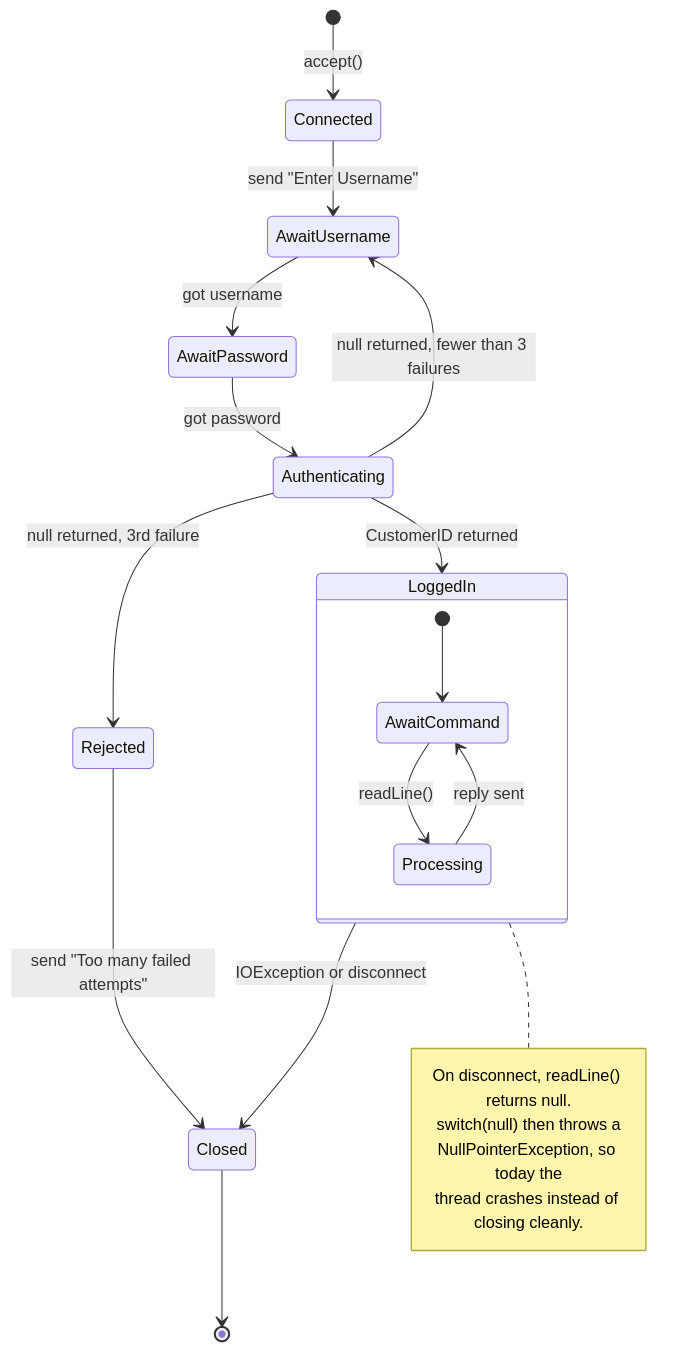
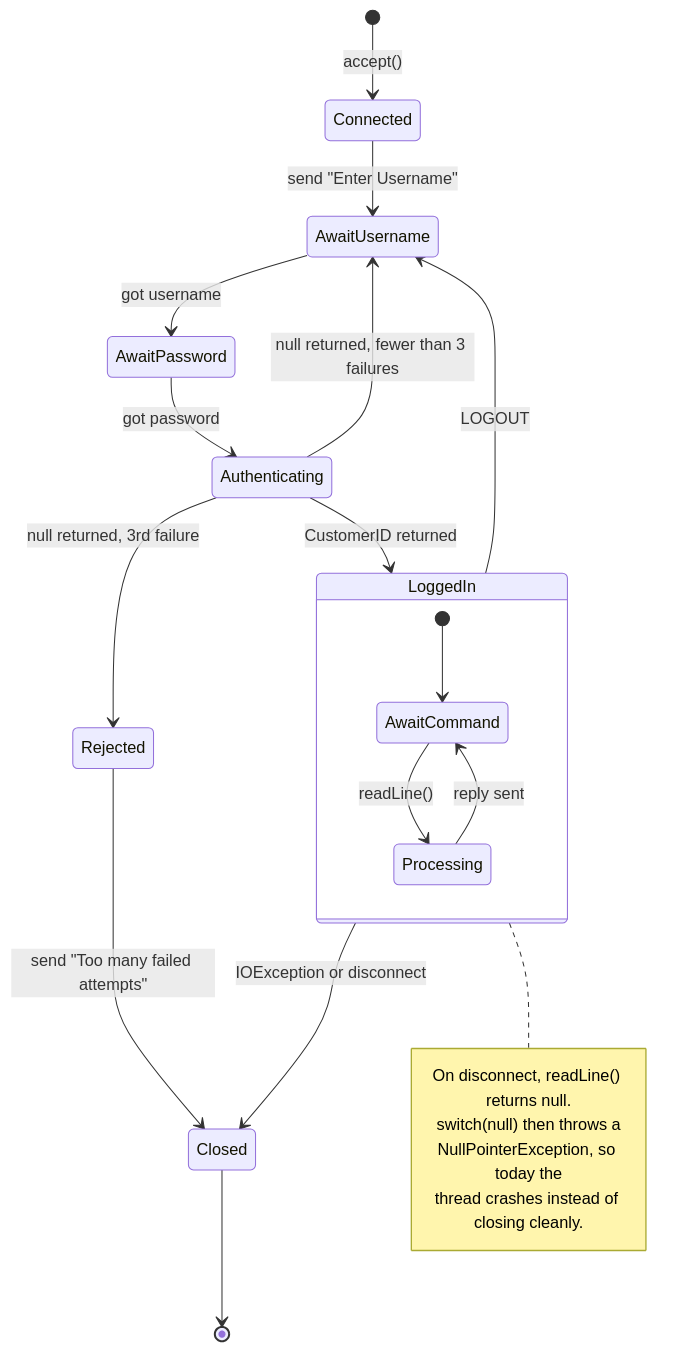
The fifth of 9 diagrams in README.md (richy1623/bath_new_bank), drawn with Mermaid before and after one commit. The commit also changed other lines of this file and 2 other files, not shown here.

First line of the commit message:
feat: add customer logout

````diff
--- a/README.md
+++ b/README.md
@@ -319,27 +339,28 @@
 ```mermaid
 stateDiagram-v2
     [*] --> Connected : accept()
     Connected --> AwaitUsername : send "Enter Username"
     AwaitUsername --> AwaitPassword : got username
     AwaitPassword --> Authenticating : got password
     Authenticating --> LoggedIn : CustomerID returned
     Authenticating --> AwaitUsername : null returned, fewer than 3 failures
     Authenticating --> Rejected : null returned, 3rd failure
     Rejected --> Closed : send "Too many failed attempts"
 
     state LoggedIn {
         [*] --> AwaitCommand
         AwaitCommand --> Processing : readLine()
         Processing --> AwaitCommand : reply sent
     }
 
+    LoggedIn --> AwaitUsername : LOGOUT
     LoggedIn --> Closed : IOException or disconnect
     Closed --> [*]
 
     note right of LoggedIn
         On disconnect, readLine() returns null.
         switch(null) then throws a
         NullPointerException, so today the
         thread crashes instead of closing cleanly.
     end note
 ```
````
